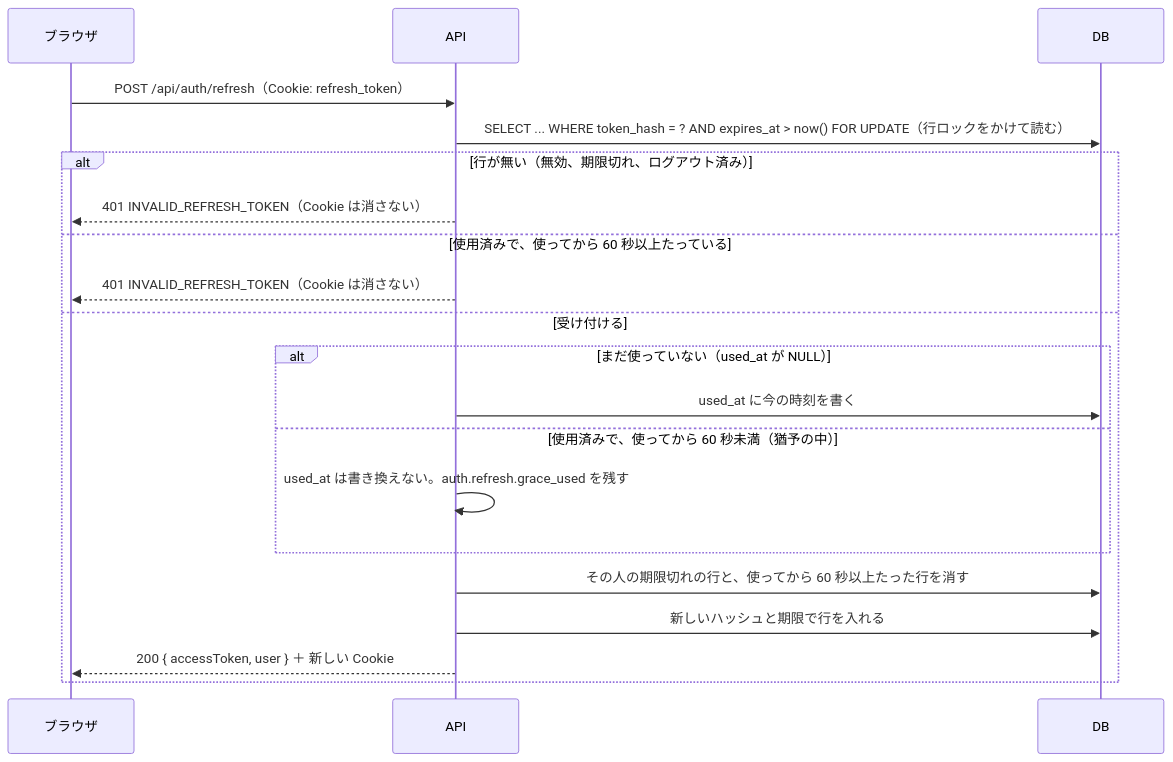
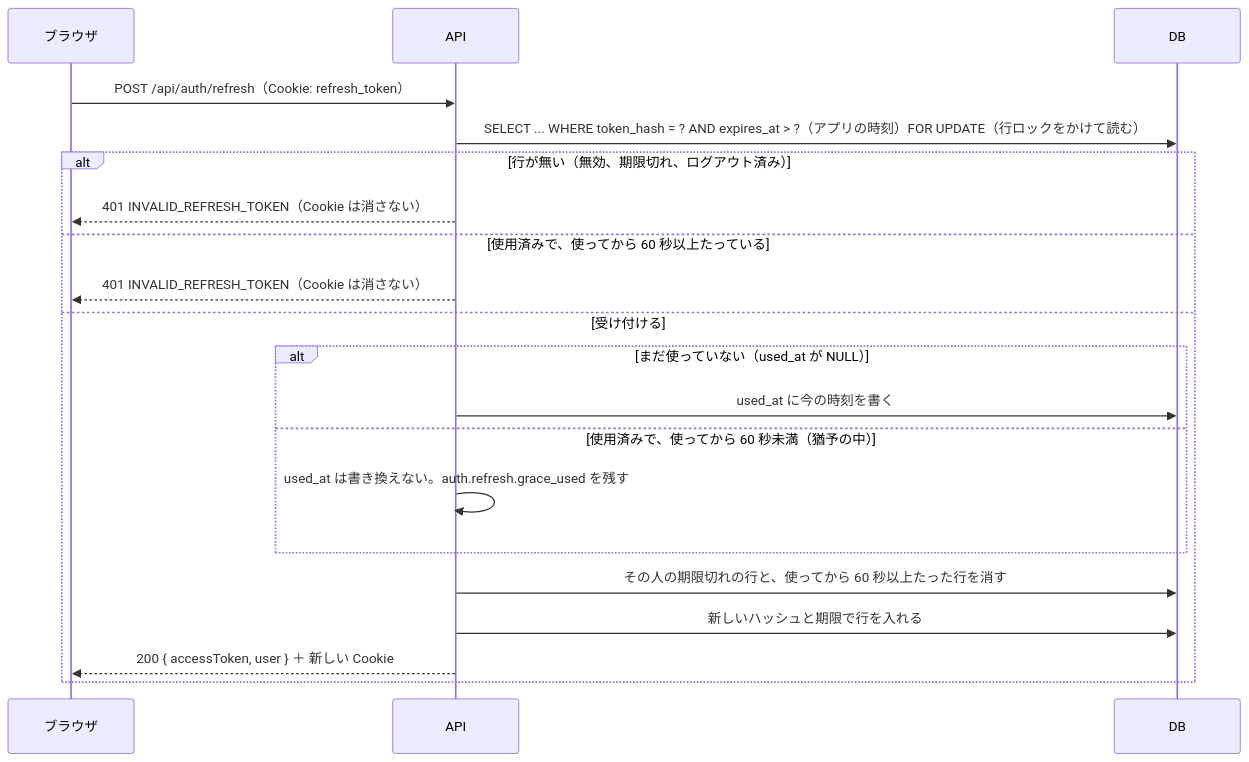
Before and after one commit to tk-media-code/raise-timeline: the third of 4 diagrams in docs/auth-design.md, drawn with Mermaid. The commit also changed other lines of this file and 5 other files, not shown here.

````diff
--- a/docs/auth-design.md
+++ b/docs/auth-design.md
@@ -81,22 +81,22 @@
 ```mermaid
 sequenceDiagram
     participant B as ブラウザ
     participant A as API
     participant DB
     B->>A: POST /api/auth/refresh（Cookie: refresh_token）
-    A->>DB: SELECT ... WHERE token_hash = ? AND expires_at > now() FOR UPDATE（行ロックをかけて読む）
+    A->>DB: SELECT ... WHERE token_hash = ? AND expires_at > ?（アプリの時刻）FOR UPDATE（行ロックをかけて読む）
     alt 行が無い（無効、期限切れ、ログアウト済み）
         A-->>B: 401 INVALID_REFRESH_TOKEN（Cookie は消さない）
     else 使用済みで、使ってから 60 秒以上たっている
         A-->>B: 401 INVALID_REFRESH_TOKEN（Cookie は消さない）
     else 受け付ける
         alt まだ使っていない（used_at が NULL）
             A->>DB: used_at に今の時刻を書く
         else 使用済みで、使ってから 60 秒未満（猶予の中）
             A->>A: used_at は書き換えない。auth.refresh.grace_used を残す
         end
         A->>DB: その人の期限切れの行と、使ってから 60 秒以上たった行を消す
         A->>DB: 新しいハッシュと期限で行を入れる
         A-->>B: 200 { accessToken, user } ＋ 新しい Cookie
     end
 ```
````
